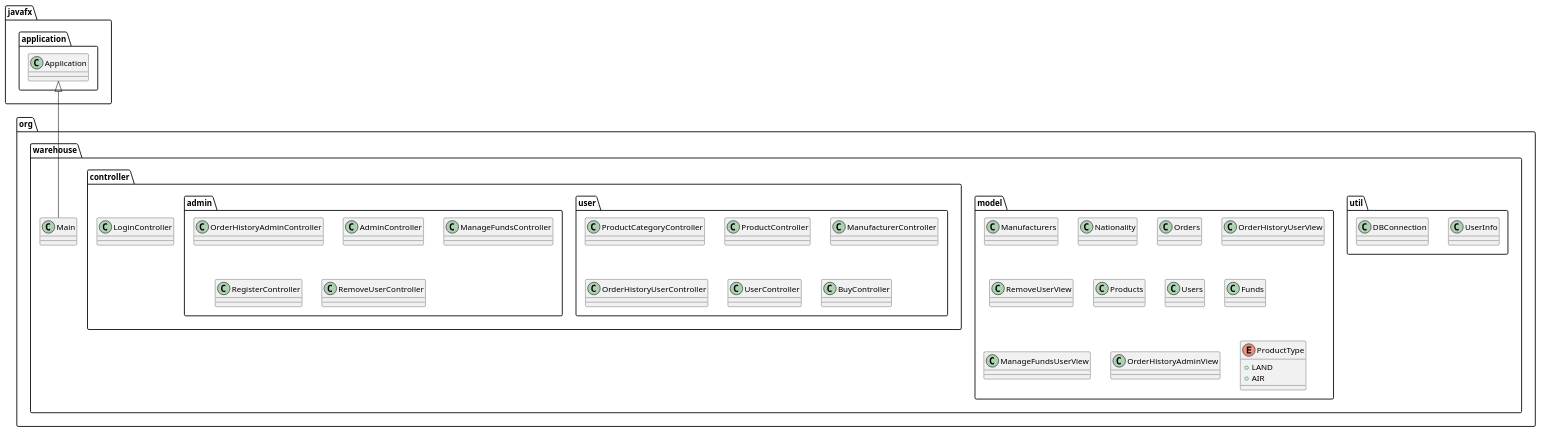
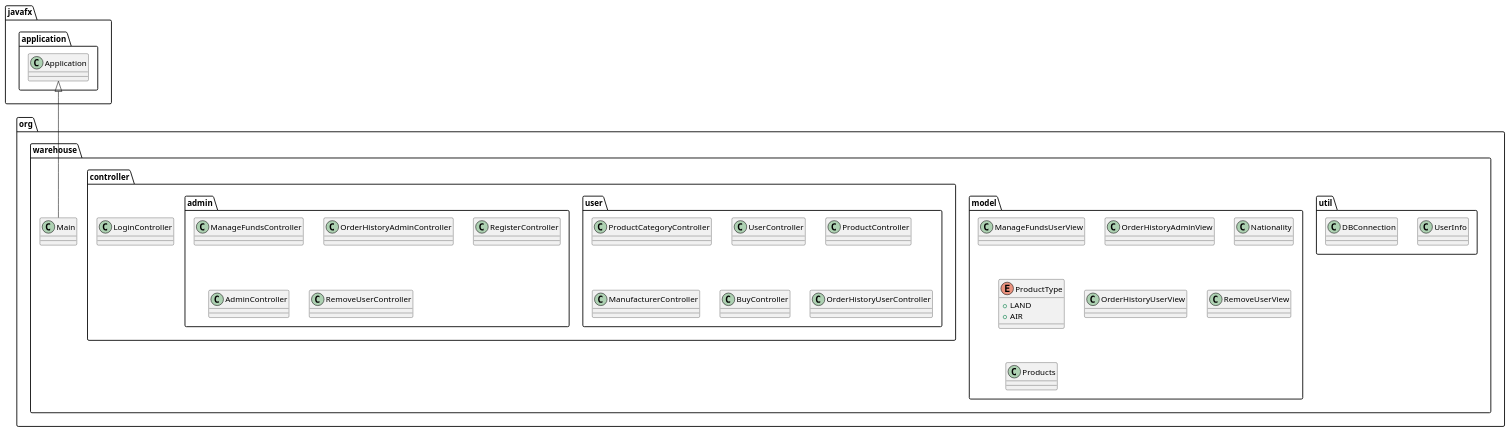
One commit to Avsh11/Military-warehouse changed the diagram in warehouse/diagramKlas.puml. Above: the diagram before and after it, drawn with PlantUML. The commit also changed 8 other files, not shown here.

```diff
--- a/warehouse/diagramKlas.puml
+++ b/warehouse/diagramKlas.puml
@@ -1,60 +1,52 @@
 @startuml
 class org.warehouse.util.UserInfo {
 }
-class org.warehouse.model.Manufacturers {
+class org.warehouse.model.ManageFundsUserView {
 }
 class org.warehouse.controller.user.ProductCategoryController {
 }
+class org.warehouse.Main {
+}
+class org.warehouse.model.OrderHistoryAdminView {
+}
+class org.warehouse.controller.user.UserController {
+}
 class org.warehouse.model.Nationality {
+}
+class org.warehouse.controller.admin.ManageFundsController {
 }
 class org.warehouse.controller.user.ProductController {
 }
-class org.warehouse.model.Orders {
+enum org.warehouse.model.ProductType {
++  LAND
++  AIR
+}
+
+class org.warehouse.controller.LoginController {
 }
 class org.warehouse.controller.admin.OrderHistoryAdminController {
 }
 class org.warehouse.model.OrderHistoryUserView {
 }
 class org.warehouse.controller.user.ManufacturerController {
 }
 class org.warehouse.model.RemoveUserView {
 }
 class org.warehouse.model.Products {
 }
-class org.warehouse.model.Users {
+class org.warehouse.controller.user.BuyController {
+}
+class org.warehouse.controller.admin.RegisterController {
 }
 class org.warehouse.controller.admin.AdminController {
 }
 class org.warehouse.util.DBConnection {
 }
 class org.warehouse.controller.user.OrderHistoryUserController {
 }
-class org.warehouse.model.Funds {
-}
-class org.warehouse.model.ManageFundsUserView {
-}
-class org.warehouse.Main {
-}
-class org.warehouse.model.OrderHistoryAdminView {
-}
-class org.warehouse.controller.user.UserController {
-}
-class org.warehouse.controller.admin.ManageFundsController {
-}
-enum org.warehouse.model.ProductType {
-+  LAND
-+  AIR
-}
-
-class org.warehouse.controller.LoginController {
-}
-class org.warehouse.controller.user.BuyController {
-}
-class org.warehouse.controller.admin.RegisterController {
-}
 class org.warehouse.controller.admin.RemoveUserController {
 }
 
 
 javafx.application.Application <|-- org.warehouse.Main
 @enduml
```
